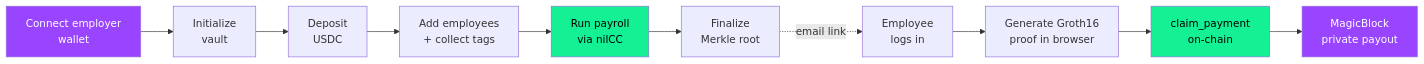
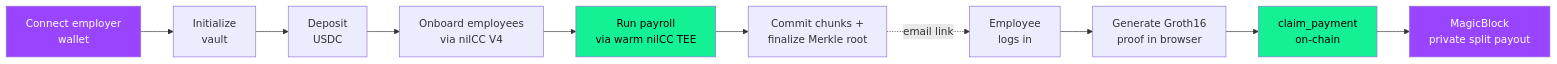
The fourth of 5 diagrams in README.md (MeetCivitas/Civitas-SOL), drawn with Mermaid before and after one commit. The commit also changed other lines of this file and 9 other files, not shown here.

````diff
--- a/README.md
+++ b/README.md
@@ -275,17 +317,17 @@
 ```mermaid
 flowchart LR
     A["Connect employer<br/>wallet"] --> B["Initialize<br/>vault"]
     B --> C["Deposit<br/>USDC"]
-    C --> D["Add employees<br/>+ collect tags"]
-    D --> E["Run payroll<br/>via nilCC"]
-    E --> F["Finalize<br/>Merkle root"]
+    C --> D["Onboard employees<br/>via nilCC V4"]
+    D --> E["Run payroll<br/>via warm nilCC TEE"]
+    E --> F["Commit chunks +<br/>finalize Merkle root"]
     F -.email link.-> G["Employee<br/>logs in"]
     G --> H["Generate Groth16<br/>proof in browser"]
     H --> I["claim_payment<br/>on-chain"]
-    I --> J["MagicBlock<br/>private payout"]
+    I --> J["MagicBlock<br/>private split payout"]
 
     style A fill:#9945FF,color:#fff
     style E fill:#14F195,color:#000
     style I fill:#14F195,color:#000
     style J fill:#9945FF,color:#fff
 ```
````
